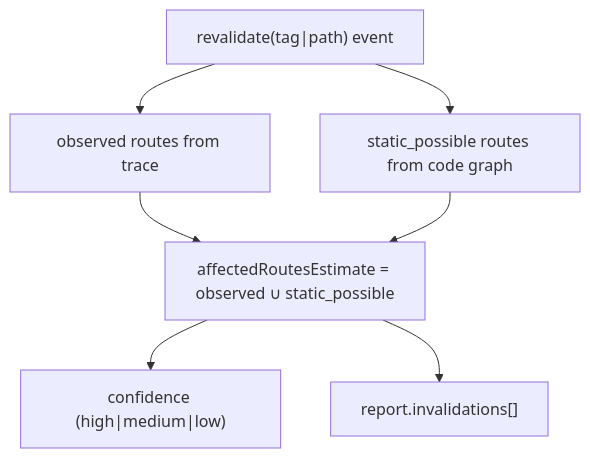
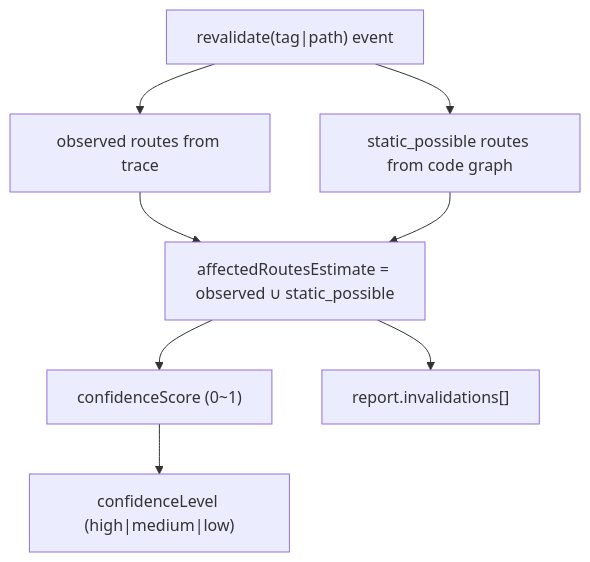
Before and after one commit to joseph0926/next-vi: the fourth of 6 diagrams in docs/rfcs/mermaid-rfc.md, drawn with Mermaid. The commit also changed 4 other files, not shown here.

````diff
--- a/docs/rfcs/mermaid-rfc.md
+++ b/docs/rfcs/mermaid-rfc.md
@@ -95,9 +95,10 @@
 ```mermaid
 flowchart TD
   RV["revalidate(tag|path) event"] --> OBS["observed routes from trace"]
   RV --> STA["static_possible routes from code graph"]
   OBS --> UNI["affectedRoutesEstimate = observed ∪ static_possible"]
   STA --> UNI
-  UNI --> CONF["confidence (high|medium|low)"]
+  UNI --> SCORE["confidenceScore (0~1)"]
+  SCORE --> CONF["confidenceLevel (high|medium|low)"]
   UNI --> OUT["report.invalidations[]"]
 ```
````
